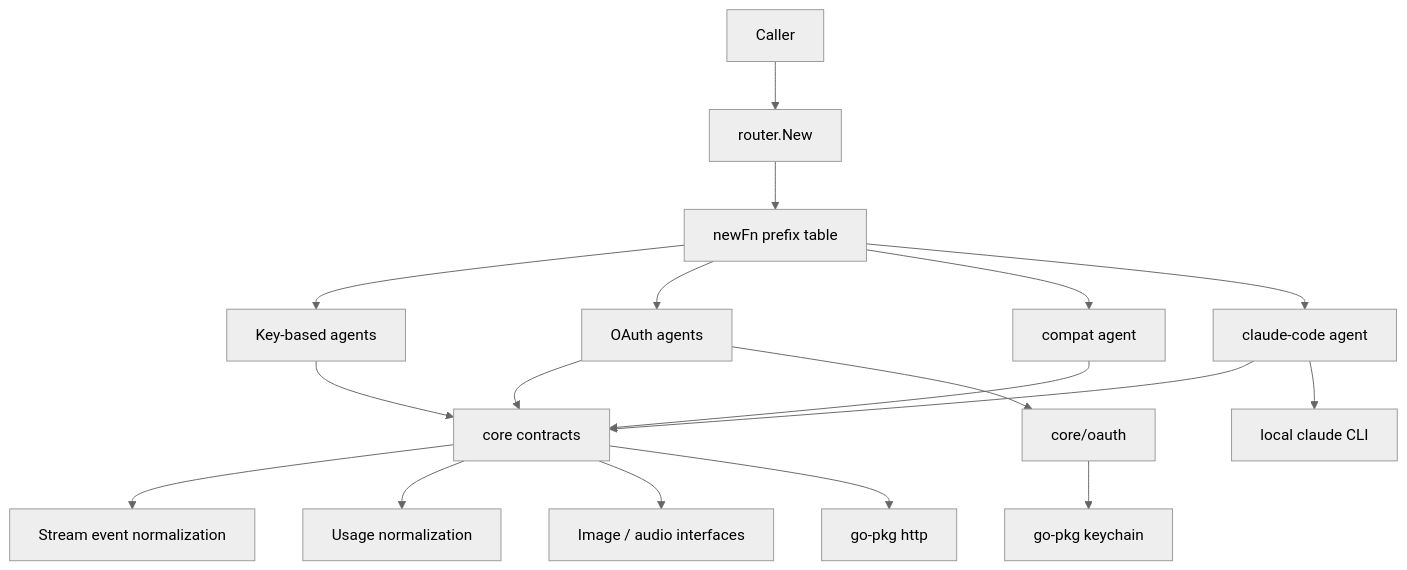
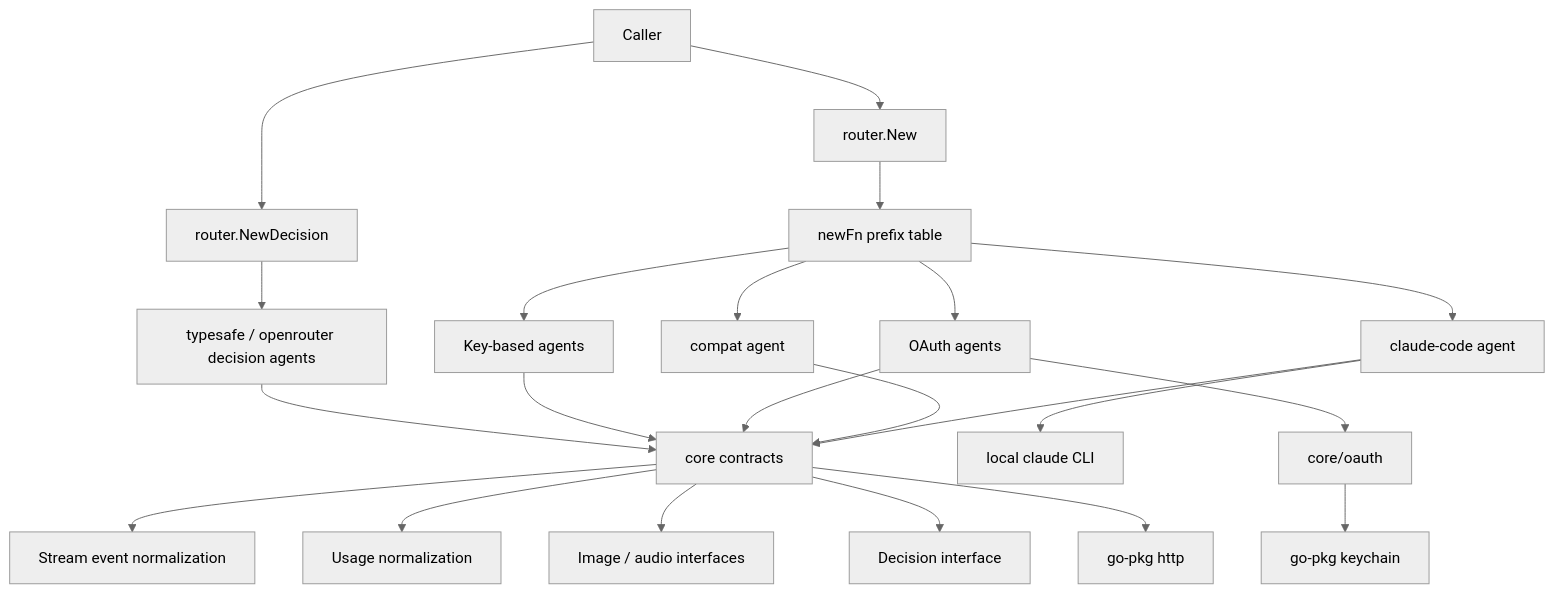
Before and after one commit to pardnchiu/go-llm-router: the first of 12 diagrams in doc/architecture.md, drawn with Mermaid (neutral theme). The commit also changed other lines of this file and 32 other files, not shown here.

````diff
--- a/doc/architecture.md
+++ b/doc/architecture.md
@@ -22,23 +23,27 @@
 ```mermaid
 graph TB
     App[Caller] --> Router[router.New]
+    App --> DecisionRouter[router.NewDecision]
+    DecisionRouter --> DecisionAgents[typesafe / openrouter decision agents]
+    DecisionAgents --> Core
     Router --> Registry[newFn prefix table]
     Registry --> KeyAgents[Key-based agents]
     Registry --> OAuthAgents[OAuth agents]
     Registry --> CompatAgent[compat agent]
     Registry --> CLIAgent[claude-code agent]
 
     KeyAgents --> Core[core contracts]
     OAuthAgents --> Core
     CompatAgent --> Core
     CLIAgent --> Core
     CLIAgent --> ClaudeCLI[local claude CLI]
 
     OAuthAgents --> OAuth[core/oauth]
     OAuth --> Keychain[go-pkg keychain]
 
     Core --> Stream[Stream event normalization]
     Core --> Usage[Usage normalization]
     Core --> Media[Image / audio interfaces]
+    Core --> Decision[Decision interface]
     Core --> HTTP[go-pkg http]
 ```
````
